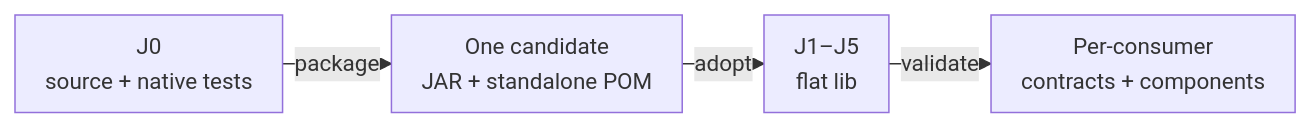
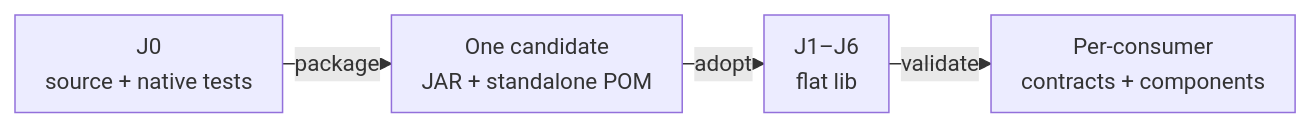
The diagram in docs/ATF_Platform_Libraries.md (crististefanita/atf_j0), drawn with Mermaid before and after one commit. The commit also changed other lines of this file and 154 other files, not shown here.

````diff
--- a/docs/ATF_Platform_Libraries.md
+++ b/docs/ATF_Platform_Libraries.md
@@ -32,7 +33,7 @@
 ```mermaid
 %%{init: {"themeVariables":{"fontSize":"15px"},"themeCSS":".nodeLabel, .nodeLabel p { font-size: 15px !important; line-height: 1.35 !important; } .edgeLabel, .edgeLabel p { font-size: 12px !important; font-weight: 400 !important; line-height: 1.2 !important; } .edgeLabel .labelBkg, .edgeLabel p { background: transparent !important; } .edgeLabel foreignObject { transform: translateY(-18px); overflow: visible; } .node rect { rx: 6px; ry: 6px; }","flowchart":{"curve":"linear","nodeSpacing":24,"rankSpacing":16,"padding":10,"diagramPadding":16}}}%%
 flowchart LR
     Source["J0<br/>source + native tests"] -->|package| Pair["One candidate<br/>JAR + standalone POM"]
-    Pair -->|adopt| Lib["J1–J5<br/>flat lib"]
+    Pair -->|adopt| Lib["J1–J6<br/>flat lib"]
     Lib -->|validate| Acceptance["Per-consumer<br/>contracts + components"]
 ```
````
